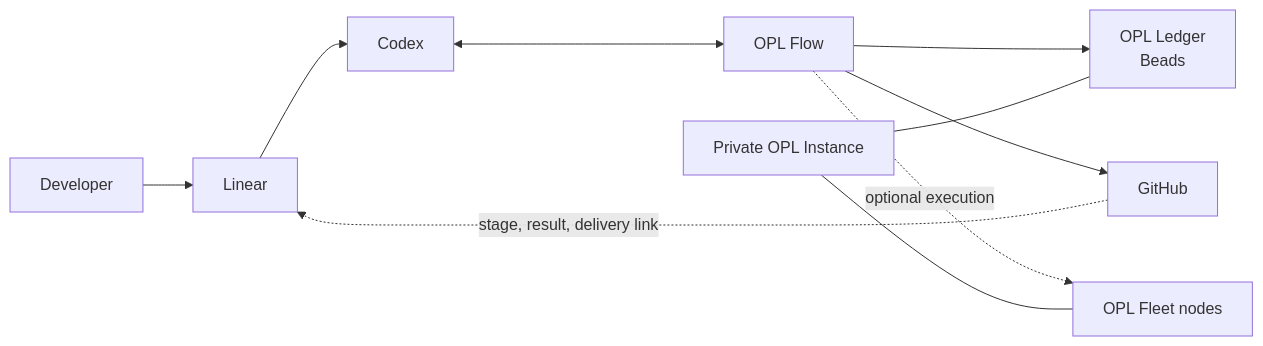
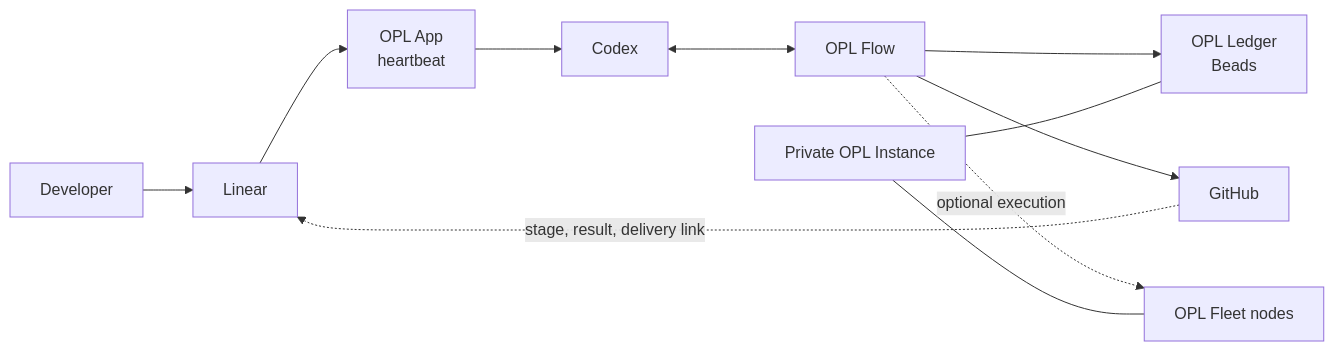
One commit to gaofeng21cn/opl-flow changed the diagram in README.md. Above: the diagram before and after it, drawn with Mermaid. The commit also changed other lines of this file and 3 other files, not shown here.

Commit message:
docs: route Linear intake through local OPL App

````diff
--- a/README.md
+++ b/README.md
@@ -62,12 +62,13 @@
 ```mermaid
 flowchart LR
     U[Developer] --> L[Linear]
-    L --> C[Codex]
+    L --> A[OPL App<br/>heartbeat]
+    A --> C[Codex]
     C <--> F[OPL Flow]
     F --> B[OPL Ledger<br/>Beads]
     F --> G[GitHub]
     F -. optional execution .-> N[OPL Fleet nodes]
     G -. stage, result, delivery link .-> L
     I[Private OPL Instance] --- B
     I --- N
 ```
````
